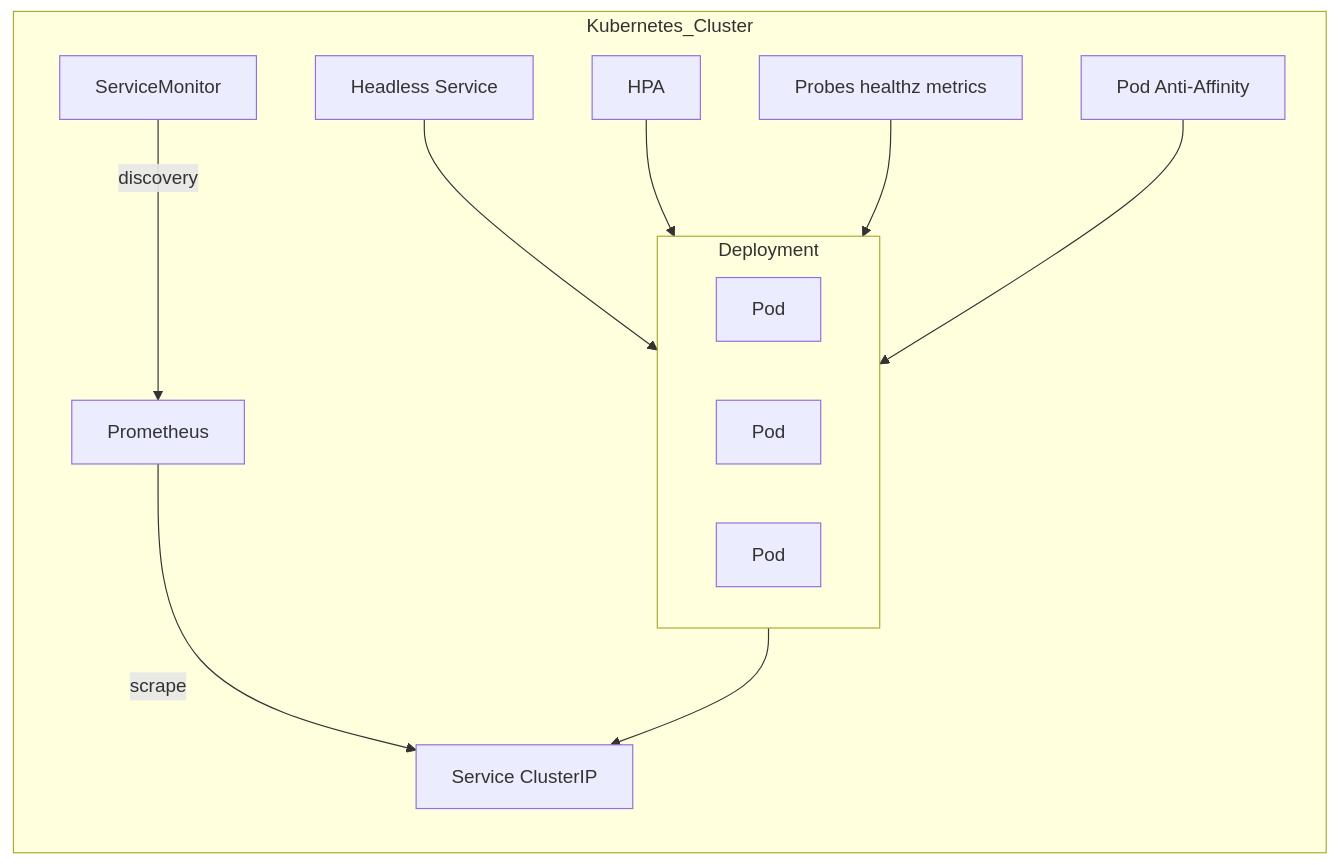
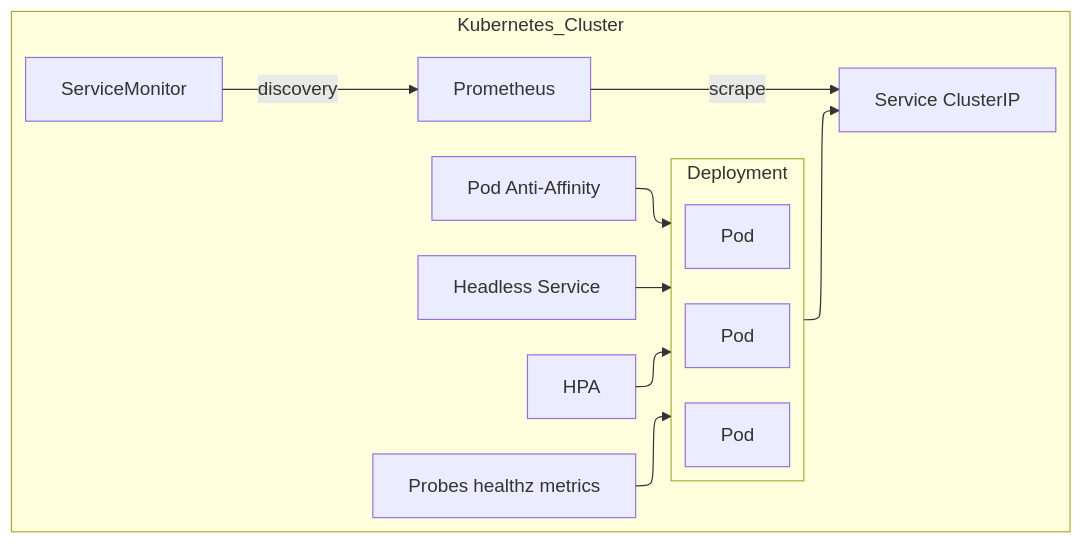
One commit to jangrui/multicloud-exporter changed the first of 2 diagrams in docs/architecture.md. Above: the diagram before and after it, drawn with Mermaid. The commit also changed other lines of this file and 43 other files, not shown here.

````diff
--- a/docs/architecture.md
+++ b/docs/architecture.md
@@ -9,25 +9,30 @@
 ```mermaid
+---
+config:
+  theme: mc
+  layout: elk
+---
 graph LR
   subgraph Kubernetes_Cluster
     subgraph Deployment
       P1[Pod]
       P2[Pod]
       P3[Pod]
     end
     S[Service ClusterIP]
     HS[Headless Service]
     HPA[HPA]
     PROBES[Probes healthz metrics]
     AFF[Pod Anti-Affinity]
     SM[ServiceMonitor]
     PROM[Prometheus]
 
     Deployment --> S
     PROM -- scrape --> S
     SM -- discovery --> PROM
     HS --> Deployment
     HPA --> Deployment
     PROBES --> Deployment
     AFF --> Deployment
   end
 ```
````
